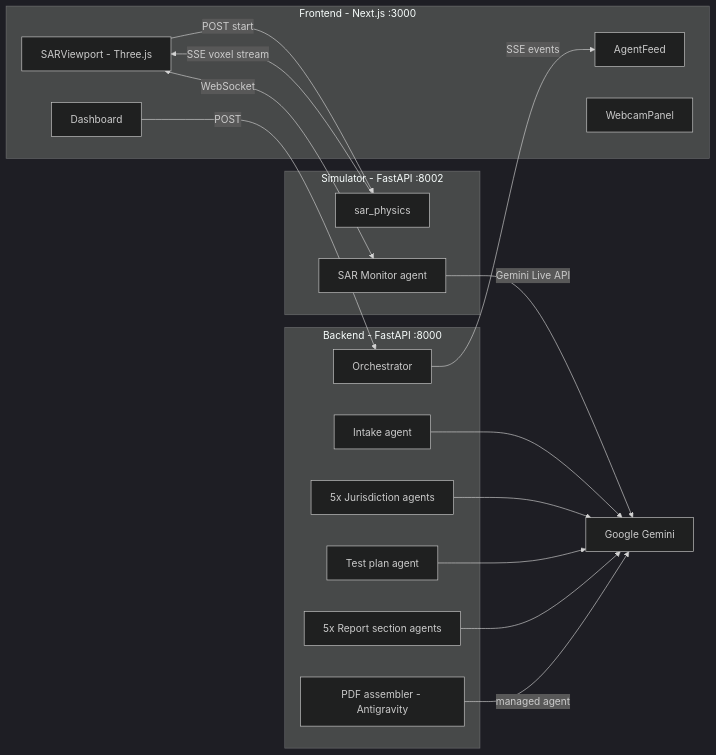
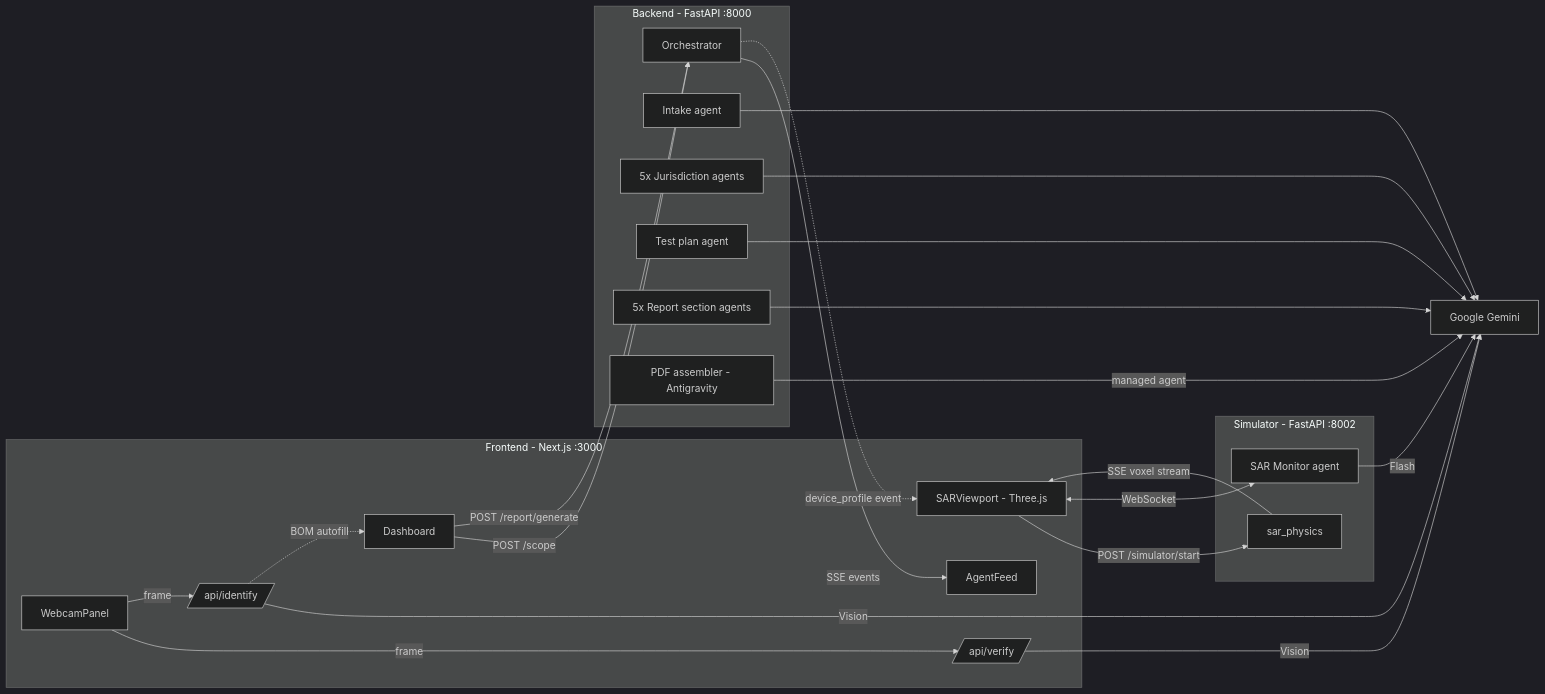
Before and after one commit to Ajodo-Godson/Lab_Pilot: the diagram in README.md, drawn with Mermaid (dark theme). The commit also changed 1 other file, not shown here.

````diff
--- a/README.md
+++ b/README.md
@@ -64,29 +64,43 @@
 ```mermaid
 flowchart LR
     subgraph fe [Frontend - Next.js :3000]
         Dashboard
         AgentFeed
         SARViewport[SARViewport - Three.js]
         WebcamPanel
+        VerifyAPI[/api/verify/]
+        IdentifyAPI[/api/identify/]
     end
     subgraph be [Backend - FastAPI :8000]
         Orchestrator
         Intake[Intake agent]
         Juris[5x Jurisdiction agents]
         TestPlan[Test plan agent]
         Report[5x Report section agents]
         Assembler[PDF assembler - Antigravity]
     end
     subgraph sim [Simulator - FastAPI :8002]
         Physics[sar_physics]
         Monitor[SAR Monitor agent]
     end
-    Dashboard -->|POST| Orchestrator
+    Gemini[Google Gemini]
+
+    WebcamPanel -->|frame| VerifyAPI
+    WebcamPanel -->|frame| IdentifyAPI
+    VerifyAPI -->|Vision| Gemini
+    IdentifyAPI -->|Vision| Gemini
+    IdentifyAPI -.->|BOM autofill| Dashboard
+
+    Dashboard -->|POST /scope| Orchestrator
+    Dashboard -->|POST /report/generate| Orchestrator
     Orchestrator -->|SSE events| AgentFeed
-    SARViewport -->|POST start| Physics
+    Orchestrator -.->|device_profile event| SARViewport
+
+    SARViewport -->|POST /simulator/start| Physics
     Physics -->|SSE voxel stream| SARViewport
     SARViewport <-->|WebSocket| Monitor
-    Monitor -->|Gemini Live API| Gemini[Google Gemini]
+
     Intake & Juris & TestPlan & Report --> Gemini
+    Monitor -->|Flash| Gemini
     Assembler -->|managed agent| Gemini
 ```
````
